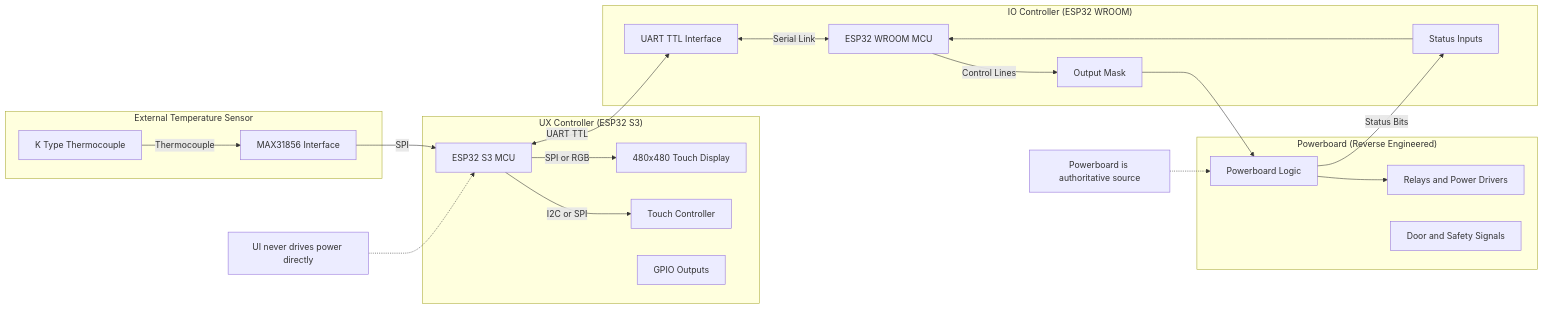
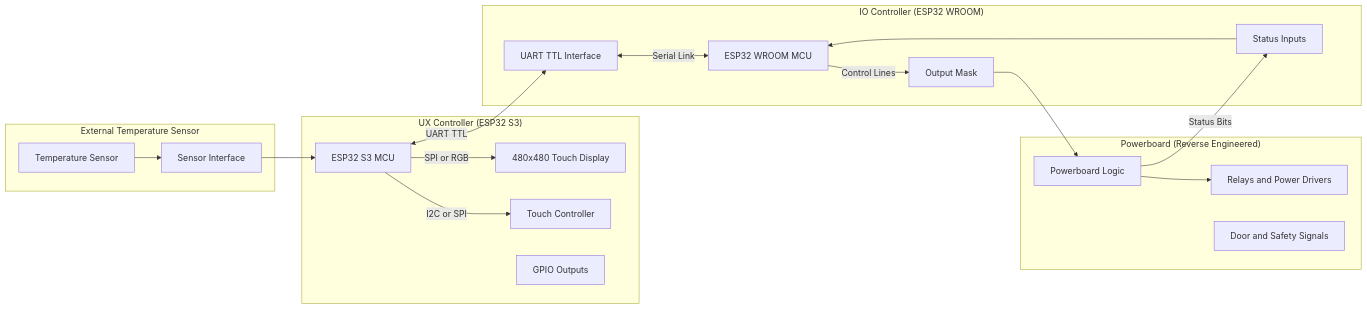
The diagram in README.md (mrRobot62/FilamentSilicatDryer_480x480), drawn with Mermaid before and after one commit. The commit also changed other lines of this file and 5 other files, not shown here.

````diff
--- a/README.md
+++ b/README.md
@@ -119,52 +87,40 @@
 ```mermaid
 flowchart LR
 
   subgraph UX["UX Controller (ESP32 S3)"]
     S3["ESP32 S3 MCU"]
     TFT["480x480 Touch Display"]
     TOUCH["Touch Controller"]
     IO["GPIO Outputs"]
   end
 
   subgraph CLIENT["IO Controller (ESP32 WROOM)"]
     WROOM["ESP32 WROOM MCU"]
     UART2["UART TTL Interface"]
     OUT["Output Mask"]
     IN["Status Inputs"]
   end
 
   subgraph PWR["Powerboard (Reverse Engineered)"]
     PB["Powerboard Logic"]
     REL["Relays and Power Drivers"]
     SNS["Door and Safety Signals"]
   end
 
   subgraph SENS["External Temperature Sensor"]
-    TC["K Type Thermocouple"]
-    AMP["MAX31856 Interface"]
+    TC["Temperature Sensor"]
+    AMP["Sensor Interface"]
   end
 
-  %% Connections
   S3 -->|"SPI or RGB"| TFT
   S3 -->|"I2C or SPI"| TOUCH
-
   S3 <-->|"UART TTL"| UART2
   UART2 <-->|"Serial Link"| WROOM
-
   WROOM -->|"Control Lines"| OUT
   OUT --> PB
   PB --> REL
-
   PB -->|"Status Bits"| IN
   IN --> WROOM
-
-  TC -->|"Thermocouple"| AMP
-  AMP -->|"SPI"| S3
-
-  %% Notes
-  NOTE1["UI never drives power directly"]
-  NOTE2["Powerboard is authoritative source"]
-
-  NOTE1 -.-> S3
-  NOTE2 -.-> PB
+  TC --> AMP
+  AMP --> S3
 ```
````
